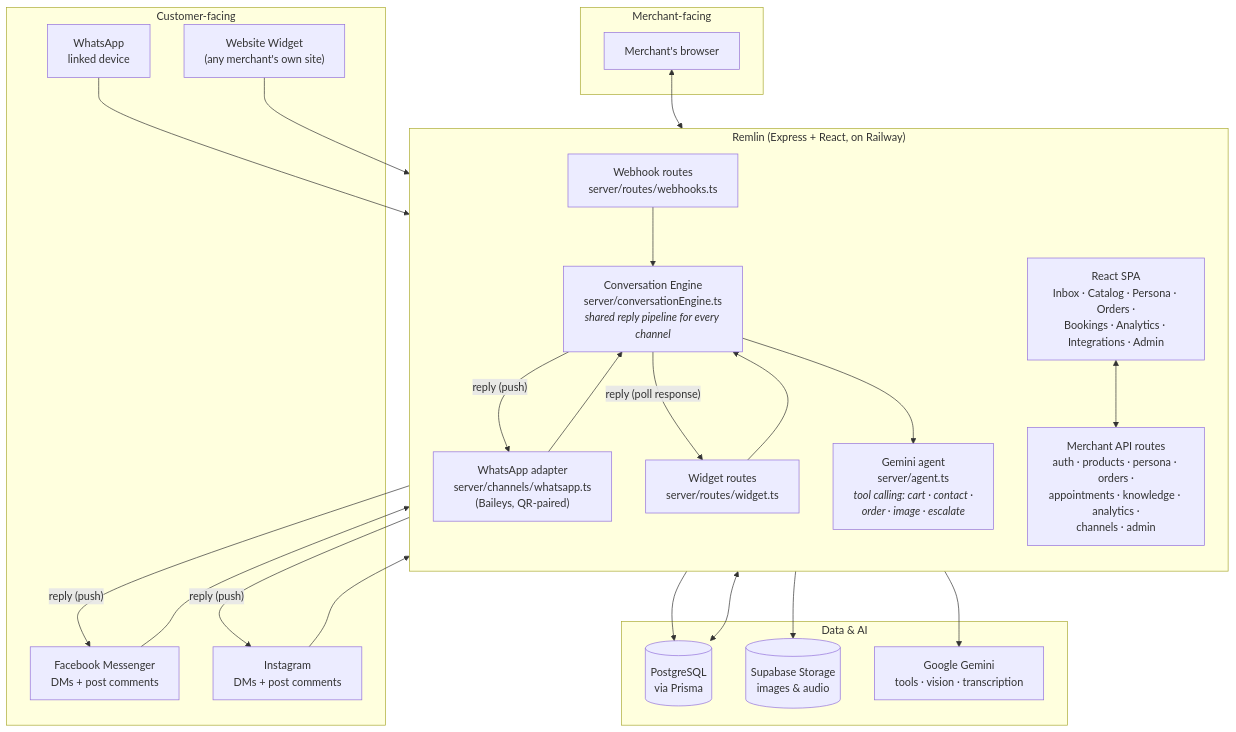
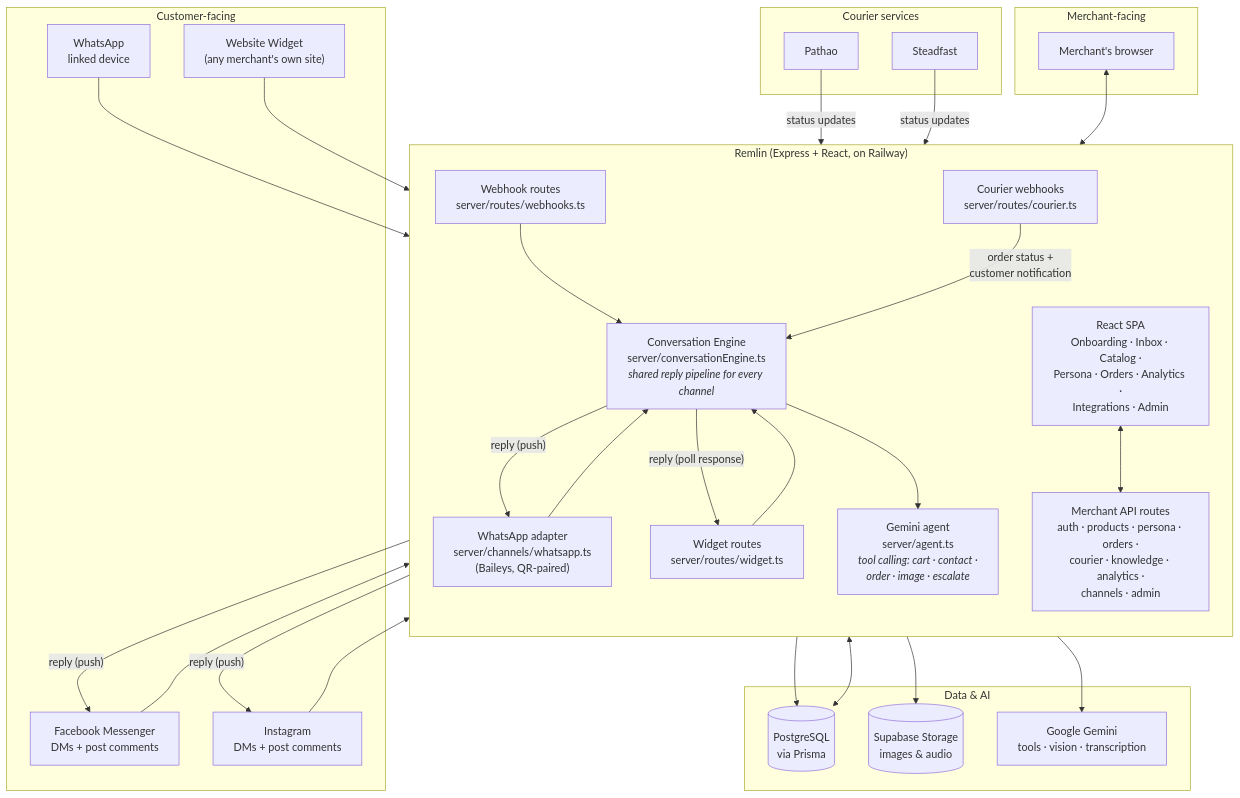
One commit to SafatUddin/Remlin changed the first of 3 diagrams in README.md. Above: the diagram before and after it, drawn with Mermaid. The commit also changed other lines of this file and 51 other files, not shown here.

Commit message:
Implemented a new and better onboardin for better user experience and improved AI persona as well as implemented a cleaner and more informative analytics dashboard.

````diff
--- a/README.md
+++ b/README.md
@@ -69,51 +117,61 @@
 ```mermaid
 flowchart TB
     subgraph Client["Customer-facing"]
         FB[Facebook Messenger<br/>DMs + post comments]
         IG[Instagram<br/>DMs + post comments]
         WA[WhatsApp<br/>linked device]
         WD["Website Widget<br/>(any merchant's own site)"]
     end
 
     subgraph App["Remlin (Express + React, on Railway)"]
         direction TB
         WH["Webhook routes<br/>server/routes/webhooks.ts"]
         WDR["Widget routes<br/>server/routes/widget.ts"]
+        CWH["Courier webhooks<br/>server/routes/courier.ts"]
         WAA["WhatsApp adapter<br/>server/channels/whatsapp.ts<br/>(Baileys, QR-paired)"]
         ENGINE["Conversation Engine<br/>server/conversationEngine.ts<br/><i>shared reply pipeline for every channel</i>"]
         AGENT["Gemini agent<br/>server/agent.ts<br/><i>tool calling: cart · contact ·<br/>order · image · escalate</i>"]
-        API["Merchant API routes<br/>auth · products · persona · orders ·<br/>appointments · knowledge · analytics ·<br/>channels · admin"]
-        SPA["React SPA<br/>Inbox · Catalog · Persona · Orders ·<br/>Bookings · Analytics · Integrations · Admin"]
+        API["Merchant API routes<br/>auth · products · persona · orders ·<br/>courier · knowledge · analytics ·<br/>channels · admin"]
+        SPA["React SPA<br/>Onboarding · Inbox · Catalog ·<br/>Persona · Orders · Analytics ·<br/>Integrations · Admin"]
     end
 
     subgraph Data["Data & AI"]
         DB[(PostgreSQL<br/>via Prisma)]
         SB[(Supabase Storage<br/>images & audio)]
         GEMINI["Google Gemini<br/>tools · vision · transcription"]
+    end
+
+    subgraph Courier["Courier services"]
+        PT[Pathao]
+        SF[Steadfast]
     end
 
     subgraph Merchant["Merchant-facing"]
         DASH["Merchant's browser"]
     end
 
     FB --> WH
     IG --> WH
     WA --> WAA
     WD --> WDR
 
     WH --> ENGINE
     WAA --> ENGINE
     WDR --> ENGINE
     ENGINE --> AGENT
     AGENT --> GEMINI
     ENGINE --> DB
     ENGINE --> SB
     ENGINE -- "reply (push)" --> FB
     ENGINE -- "reply (push)" --> IG
     ENGINE -- "reply (push)" --> WAA
     ENGINE -- "reply (poll response)" --> WDR
 
+    PT -- "status updates" --> CWH
+    SF -- "status updates" --> CWH
+    CWH -- "order status +<br/>customer notification" --> ENGINE
+
     DASH <--> SPA
     SPA <--> API
     API <--> DB
 ```
````
